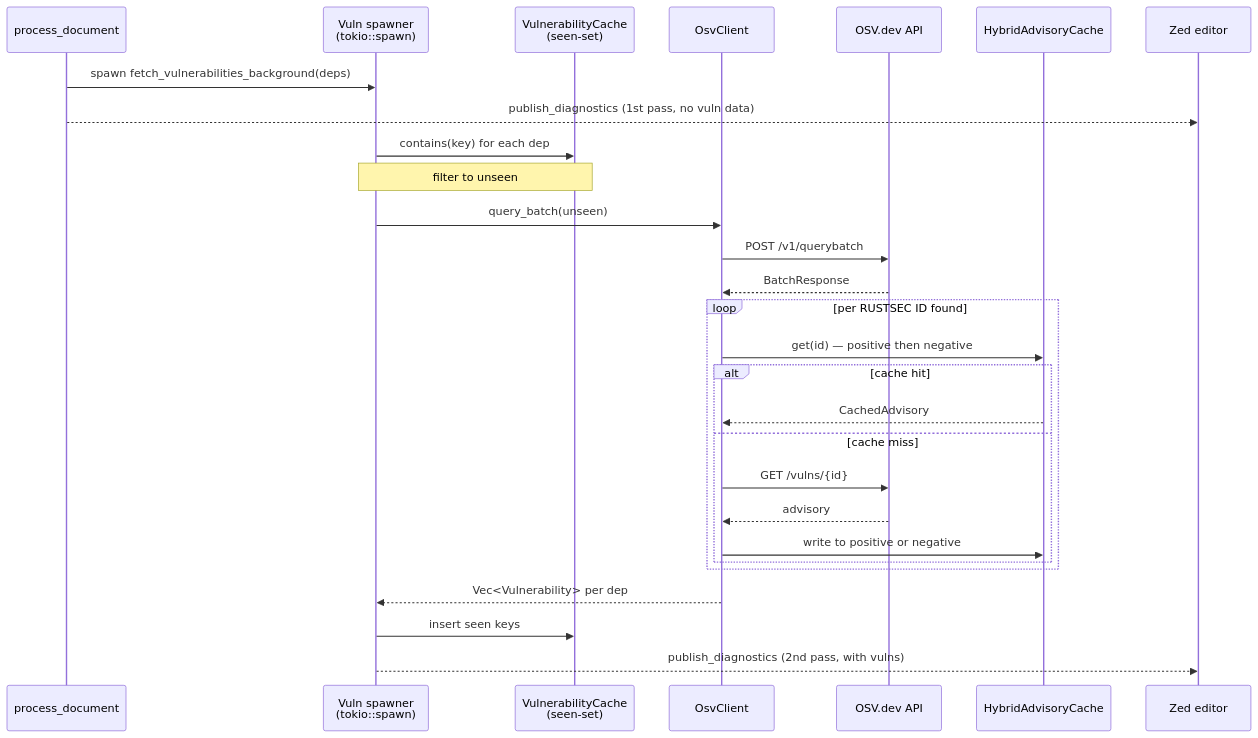
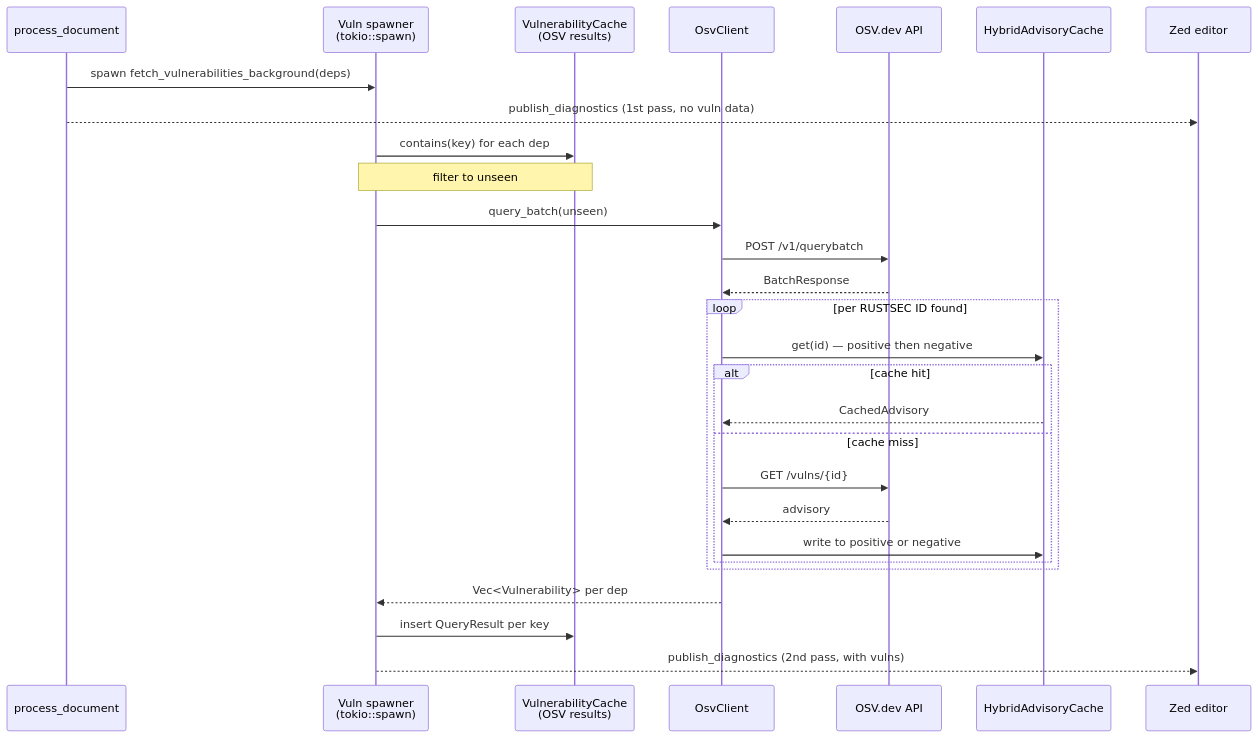
The fourth of 4 diagrams in docs/architecture.md (iamnoksio/zed-depsy), drawn with Mermaid before and after one commit. The commit also changed other lines of this file and 5 other files, not shown here.

Commit message:
fix(cache): store OSV results per version, not per name (#408) (#410)

````diff
--- a/docs/architecture.md
+++ b/docs/architecture.md
@@ -366,31 +365,31 @@
 ```mermaid
 sequenceDiagram
     participant P as process_document
     participant Spawner as Vuln spawner<br/>(tokio::spawn)
-    participant VC as VulnerabilityCache<br/>(seen-set)
+    participant VC as VulnerabilityCache<br/>(OSV results)
     participant O as OsvClient
     participant API as OSV.dev API
     participant AC as HybridAdvisoryCache
     participant Z as Zed editor
 
     P->>Spawner: spawn fetch_vulnerabilities_background(deps)
     P-->>Z: publish_diagnostics (1st pass, no vuln data)
     Spawner->>VC: contains(key) for each dep
     Note over Spawner,VC: filter to unseen
     Spawner->>O: query_batch(unseen)
     O->>API: POST /v1/querybatch
     API-->>O: BatchResponse
     loop per RUSTSEC ID found
         O->>AC: get(id) — positive then negative
         alt cache hit
             AC-->>O: CachedAdvisory
         else cache miss
             O->>API: GET /vulns/{id}
             API-->>O: advisory
             O->>AC: write to positive or negative
         end
     end
     O-->>Spawner: Vec<Vulnerability> per dep
-    Spawner->>VC: insert seen keys
+    Spawner->>VC: insert QueryResult per key
     Spawner-->>Z: publish_diagnostics (2nd pass, with vulns)
 ```
````
